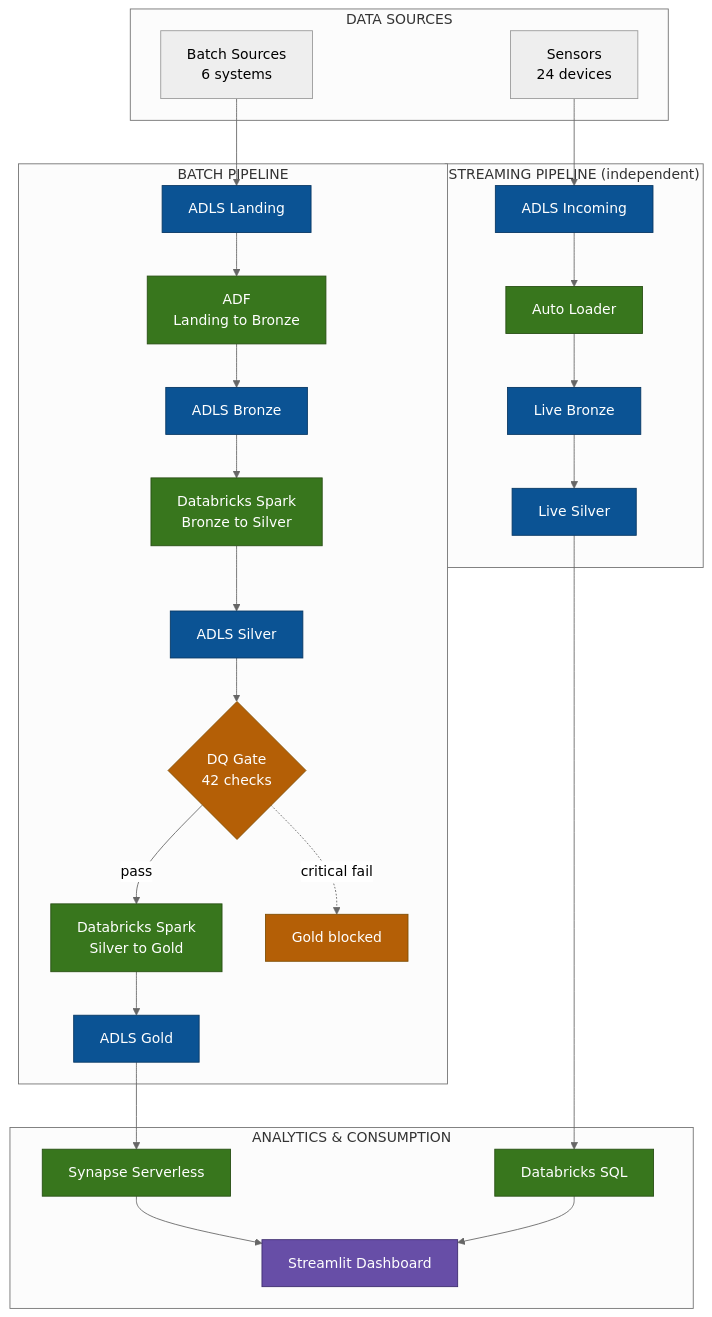
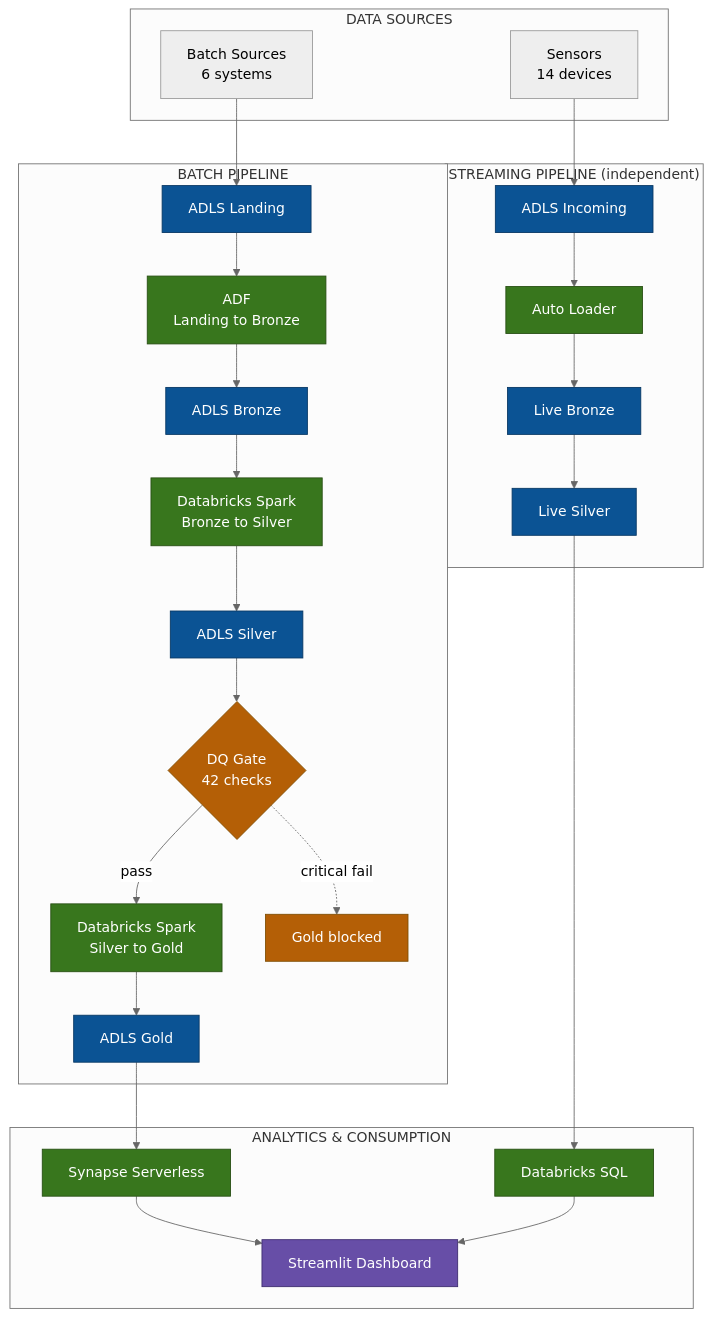
Before and after one commit to KHakim96/plantation-simulator-etl-elt: the diagram in README.md, drawn with Mermaid (neutral theme). The commit also changed other lines of this file and 3 other files, not shown here.

````diff
--- a/README.md
+++ b/README.md
@@ -28,51 +28,51 @@
 ```mermaid
 flowchart TB
     subgraph SOURCES["DATA SOURCES"]
         GEN["Batch Sources<br/>6 systems"]
-        SEN["Sensors<br/>24 devices"]
+        SEN["Sensors<br/>14 devices"]
     end
 
     subgraph BATCH["BATCH PIPELINE"]
         LND["ADLS Landing"]
         ADF["ADF<br/>Landing to Bronze"]
         BRZ["ADLS Bronze"]
         B2S["Databricks Spark<br/>Bronze to Silver"]
         SLV["ADLS Silver"]
         DQ{"DQ Gate<br/>42 checks"}
         S2G["Databricks Spark<br/>Silver to Gold"]
         GLD["ADLS Gold"]
         LND --> ADF --> BRZ --> B2S --> SLV --> DQ
         DQ -->|"pass"| S2G --> GLD
         DQ -.->|"critical fail"| BLK["Gold blocked"]
     end
 
     subgraph STREAM["STREAMING PIPELINE (independent)"]
         INC["ADLS Incoming"]
         AL["Auto Loader"]
         LBRZ["Live Bronze"]
         LSLV["Live Silver"]
         INC --> AL --> LBRZ --> LSLV
     end
 
     subgraph AN["ANALYTICS & CONSUMPTION"]
         SYN["Synapse Serverless"]
         DBSQL["Databricks SQL"]
         DASH["Streamlit Dashboard"]
         SYN --> DASH
         DBSQL --> DASH
     end
 
     GEN --> LND
     SEN --> INC
     GLD --> SYN
     LSLV --> DBSQL
 
     classDef store fill:#0b5394,color:#fff,stroke:#073763;
     classDef svc fill:#38761d,color:#fff,stroke:#274e13;
     classDef gate fill:#b45f06,color:#fff,stroke:#7f4e03;
     classDef dash fill:#674ea7,color:#fff,stroke:#3d2c6e;
     class LND,BRZ,SLV,GLD,INC,LBRZ,LSLV store;
     class ADF,B2S,S2G,AL,SYN,DBSQL svc;
     class DQ,BLK gate;
     class DASH dash;
 ```
````
